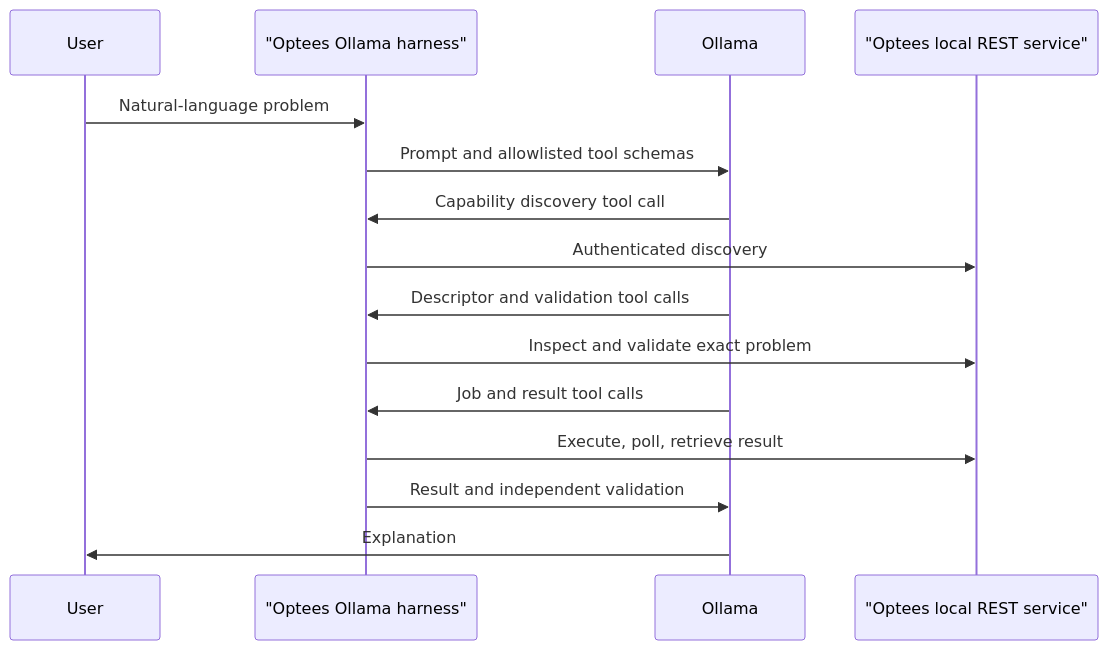
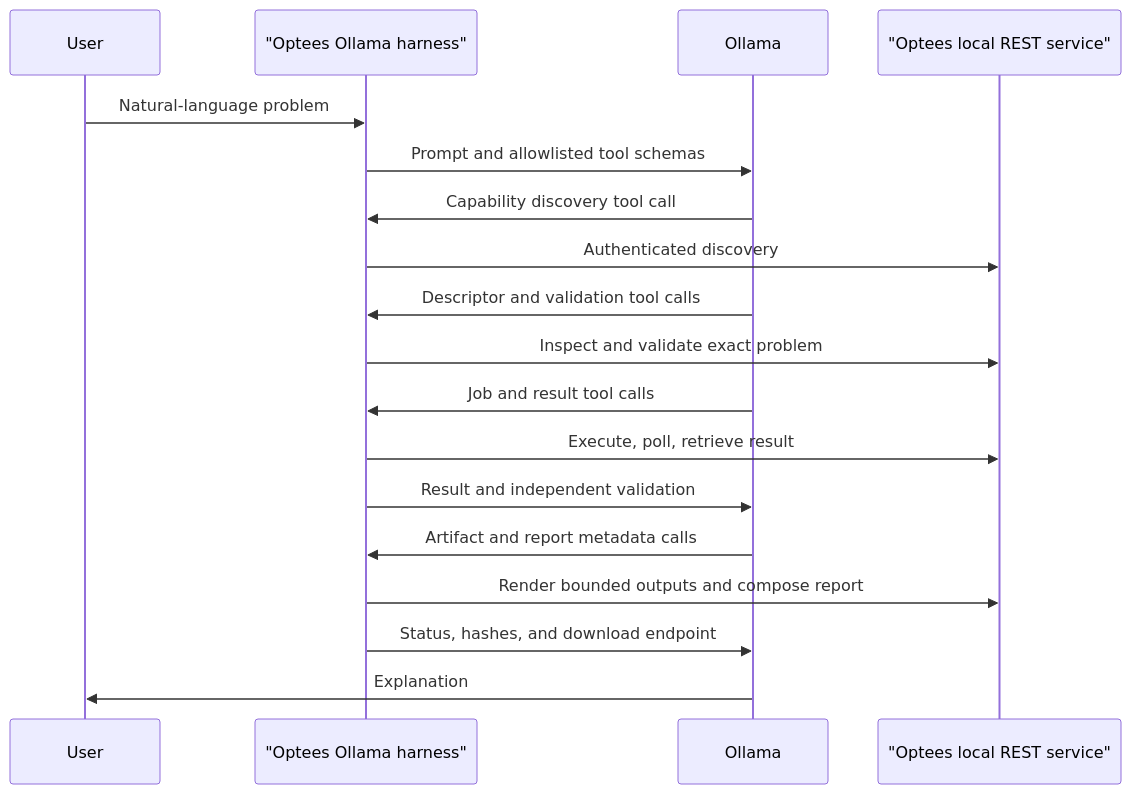
One commit to Pablo-gitub/optees changed the diagram in docs/local-agent/ollama-d0-harness.md. Above: the diagram before and after it, drawn with Mermaid. The commit also changed other lines of this file and 4 other files, not shown here.

Commit message:
Expose artifact reporting to Ollama agents

````diff
--- a/docs/local-agent/ollama-d0-harness.md
+++ b/docs/local-agent/ollama-d0-harness.md
@@ -7,17 +7,20 @@
 ```mermaid
 sequenceDiagram
     participant User
     participant Harness as "Optees Ollama harness"
     participant Ollama
     participant Optees as "Optees local REST service"
     User->>Harness: Natural-language problem
     Harness->>Ollama: Prompt and allowlisted tool schemas
     Ollama->>Harness: Capability discovery tool call
     Harness->>Optees: Authenticated discovery
     Ollama->>Harness: Descriptor and validation tool calls
     Harness->>Optees: Inspect and validate exact problem
     Ollama->>Harness: Job and result tool calls
     Harness->>Optees: Execute, poll, retrieve result
     Harness->>Ollama: Result and independent validation
+    Ollama->>Harness: Artifact and report metadata calls
+    Harness->>Optees: Render bounded outputs and compose report
+    Harness->>Ollama: Status, hashes, and download endpoint
     Ollama->>User: Explanation
 ```
````
